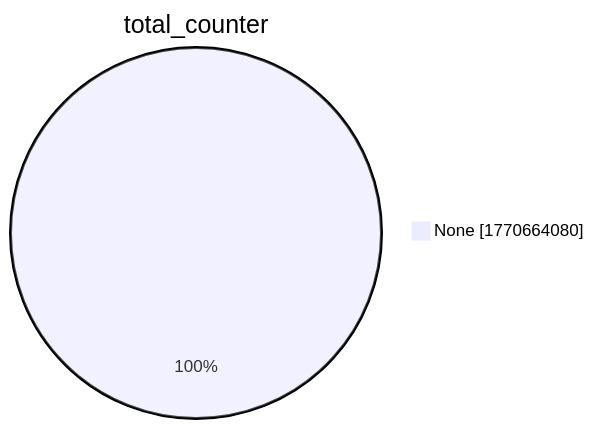
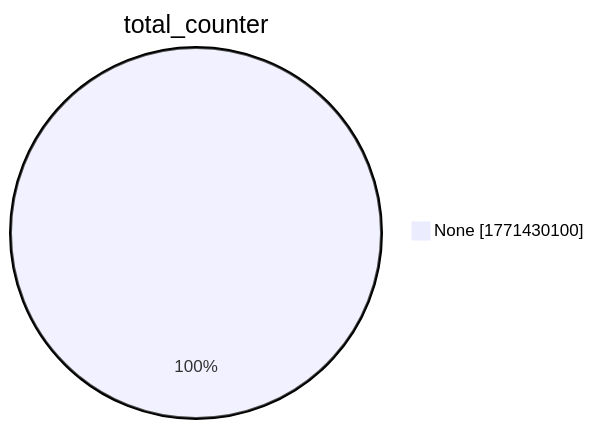
One commit to christiankrug/ctmonitor_visualization changed the second of 15 diagrams in xenon2022/README.md. Above: the diagram before and after it, drawn with Mermaid. The commit also changed other lines of this file, not shown here.

````diff
--- a/xenon2022/README.md
+++ b/xenon2022/README.md
@@ -9,5 +9,5 @@
 ```mermaid
 pie showData
 title total_counter
-"None" :1770664080
+"None" :1771430100
 ```
````
